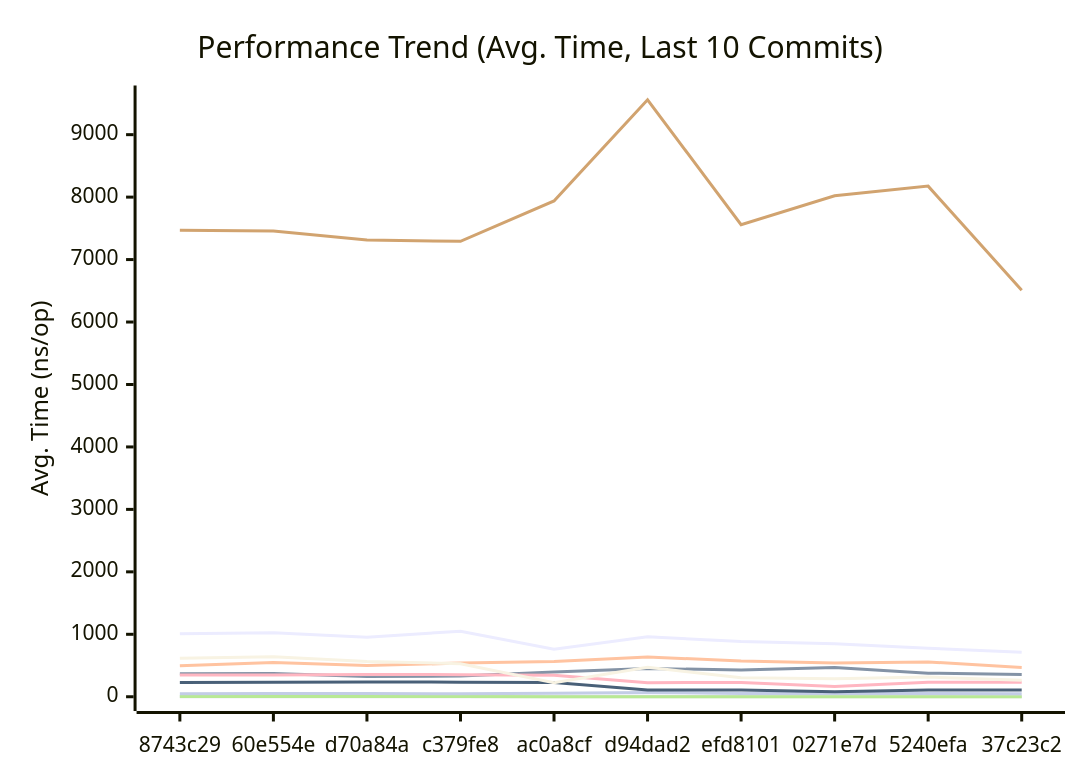
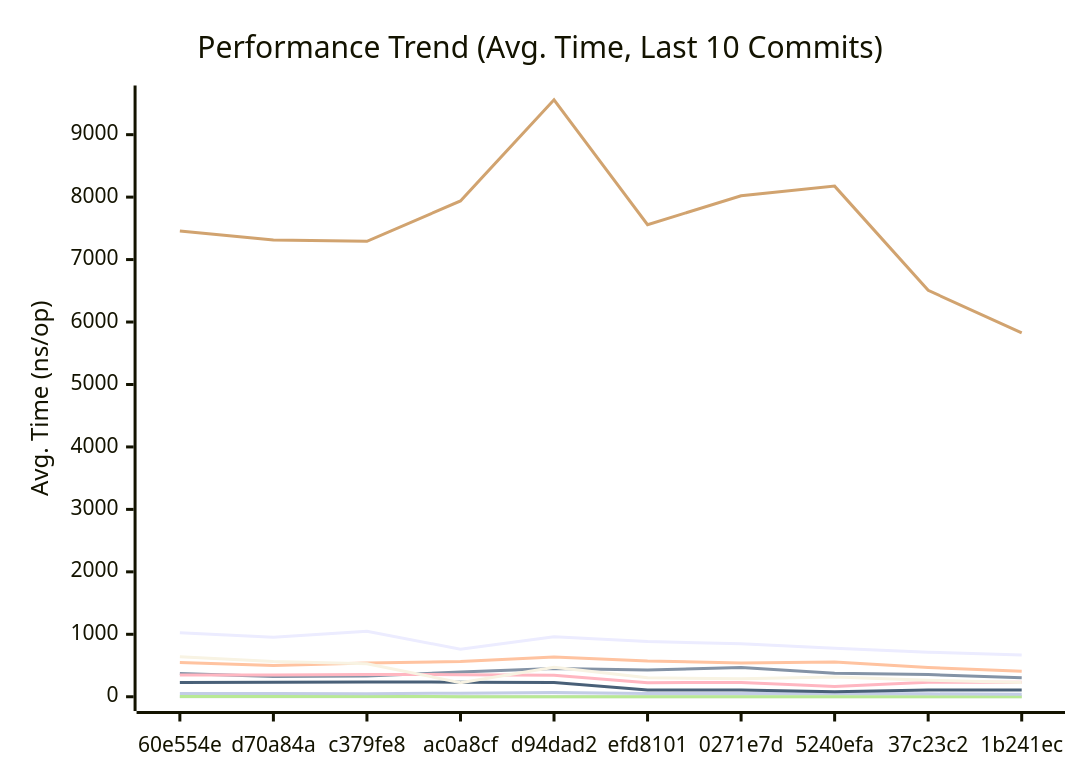
Before and after one commit to alsotoes/momo: the first of 3 diagrams in docs/PERFORMANCE.md, drawn with Mermaid. The commit also changed other lines of this file and 3 other files, not shown here.

````diff
--- a/docs/PERFORMANCE.md
+++ b/docs/PERFORMANCE.md
@@ -128,18 +128,18 @@
 ```mermaid
 xychart-beta
     title "Performance Trend (Avg. Time, Last 10 Commits)"
     x-axis "Commit"
     y-axis "Avg. Time (ns/op)"
-    x-axis [8743c29,60e554e,d70a84a,c379fe8,ac0a8cf,d94dad2,efd8101,0271e7d,5240efa,37c23c2]
-    line "CheckMetricsAndSwap" [10,9,10,9,8,11,12,11,8,7]
-    line "CrushOptimized" [370,372,323,332,396,452,428,468,378,356]
-    line "CrushOriginal" [495,550,499,539,566,637,571,542,558,469]
-    line "IndexDirectTracking" [0,0,0,0,0,0,1,1,0,0]
-    line "IndexSearch" [3,3,4,3,2,2,2,2,2,2]
-    line "LoadGlobalConfig" [7469,7459,7314,7292,7939,9559,7558,8021,8176,6507]
-    line "PadString" [49,51,51,49,57,70,53,52,53,47]
+    x-axis [60e554e,d70a84a,c379fe8,ac0a8cf,d94dad2,efd8101,0271e7d,5240efa,37c23c2,1b241ec]
+    line "CheckMetricsAndSwap" [9,10,9,8,11,12,11,8,7,7]
+    line "CrushOptimized" [372,323,332,396,452,428,468,378,356,305]
+    line "CrushOriginal" [550,499,539,566,637,571,542,558,469,409]
+    line "IndexDirectTracking" [0,0,0,0,0,1,1,0,0,0]
+    line "IndexSearch" [3,4,3,2,2,2,2,2,2,2]
+    line "LoadGlobalConfig" [7459,7314,7292,7939,9559,7558,8021,8176,6507,5825]
+    line "PadString" [51,51,49,57,70,53,52,53,47,39]
     line "ParseReplicationOrder_NoPrealloc" [350,349,357,354,345,225,229,165,232,234]
     line "ParseReplicationOrder_Prealloc" [229,231,237,234,229,108,107,80,110,109]
-    line "SanitizeLog/Safe" [615,640,566,529,226,474,303,288,316,266]
-    line "SanitizeLog/Unsafe" [1010,1023,951,1050,761,960,883,849,775,714]
+    line "SanitizeLog/Safe" [640,566,529,226,474,303,288,316,266,229]
+    line "SanitizeLog/Unsafe" [1023,951,1050,761,960,883,849,775,714,667]
 ```
````
